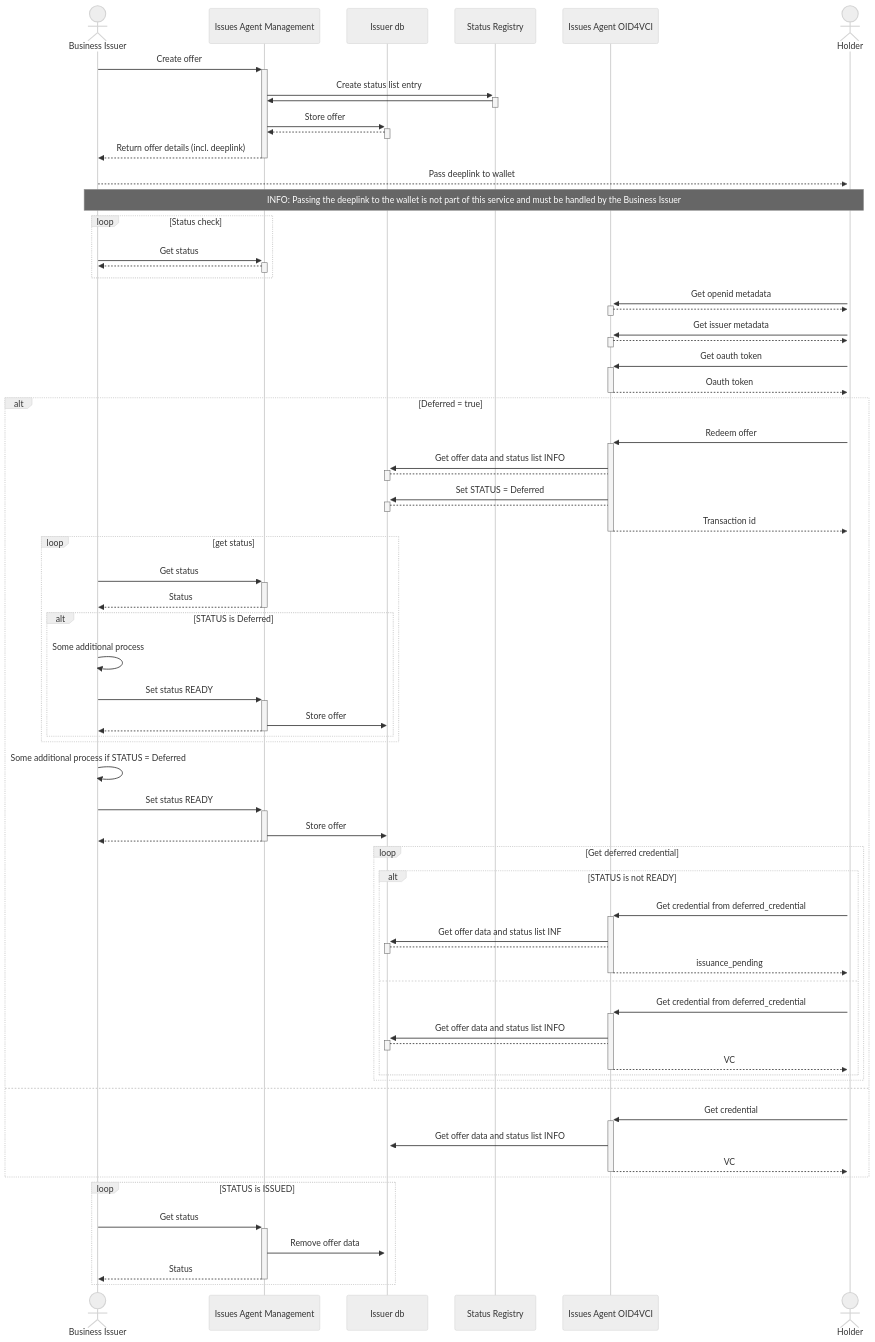
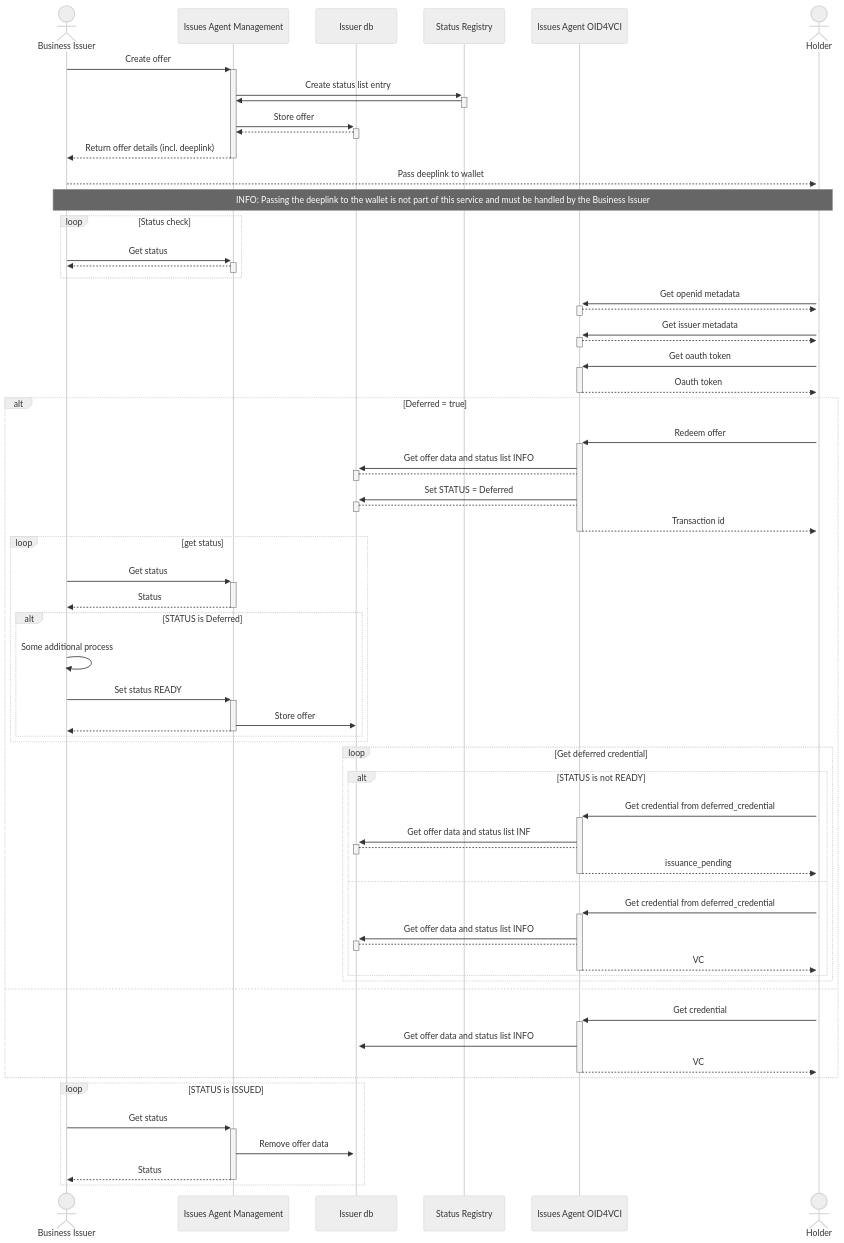
Before and after one commit to swiyu-admin-ch/swiyu-issuer: the third of 4 diagrams in README.md, drawn with Mermaid (neutral theme). The commit also changed other lines of this file and 17 other files, not shown here.

```diff
--- a/README.md
+++ b/README.md
@@ -357,11 +357,6 @@
                 MGMT-->>-BUSINESS : 
             end
         end
-        
-        BUSINESS->>BUSINESS : Some additional process if STATUS = Deferred
-        BUSINESS->>+MGMT : Set status READY
-        MGMT->>DB : Store offer
-        MGMT-->>-BUSINESS : 
 
         loop Get deferred credential
             alt STATUS is not READY
```
